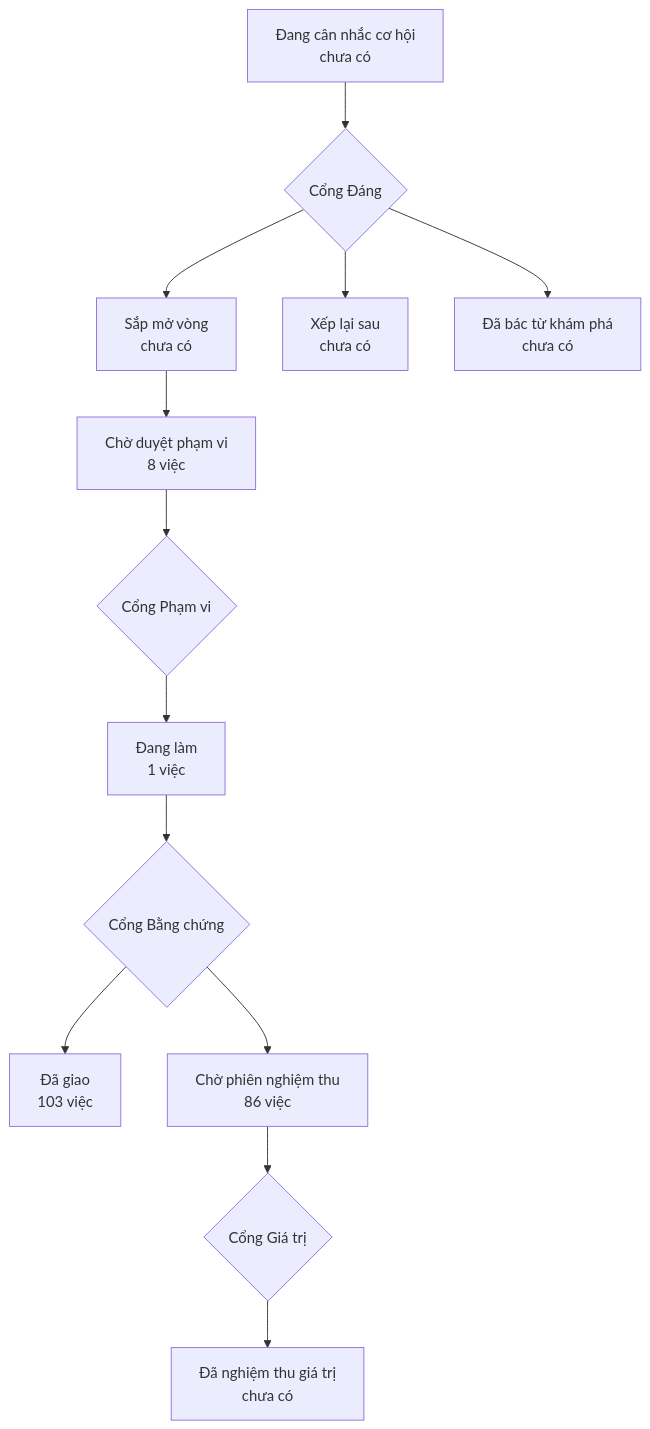
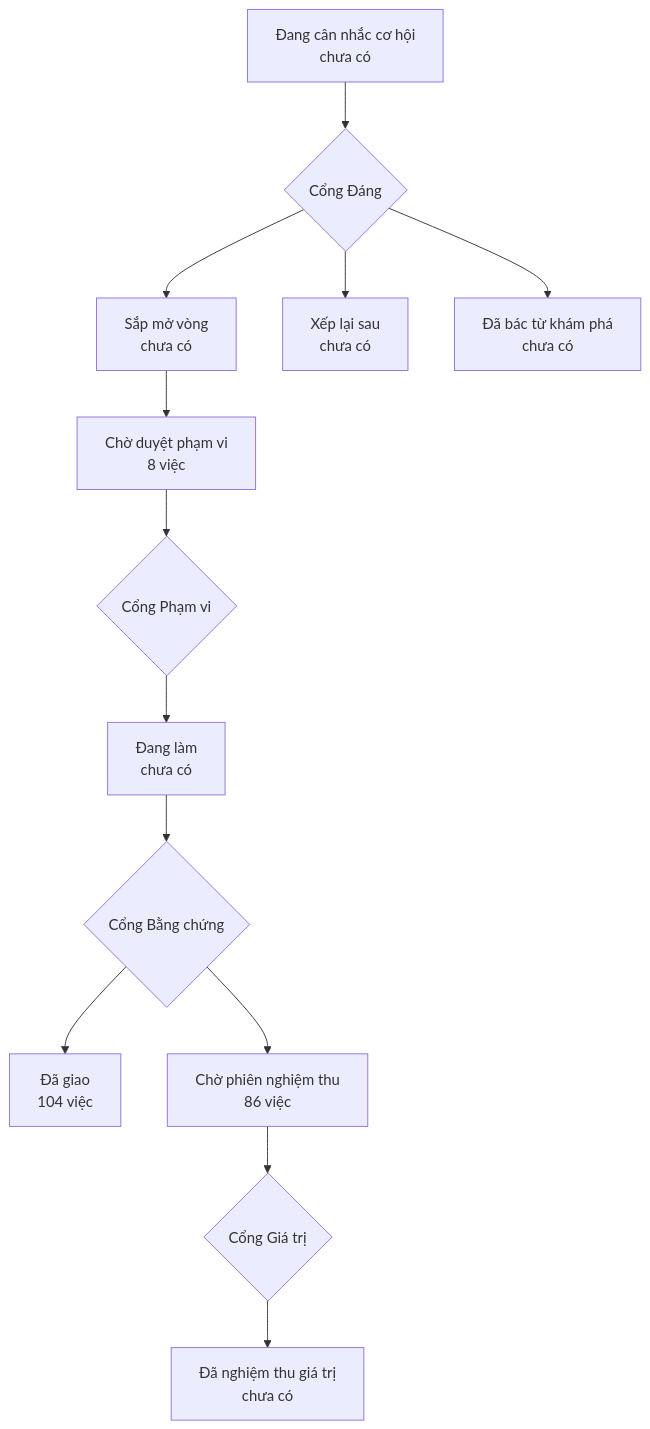
The diagram in PRODUCT-MAP.md (phanlemanh/onehub-invest), drawn with Mermaid before and after one commit. The commit also changed other lines of this file and 4 other files, not shown here.

````diff
--- a/PRODUCT-MAP.md
+++ b/PRODUCT-MAP.md
@@ -7,12 +7,12 @@
 ```mermaid
 flowchart TD
   A["Đang cân nhắc cơ hội<br/>chưa có"] --> GD{"Cổng Đáng"}
   GD --> B["Sắp mở vòng<br/>chưa có"]
   GD --> XL["Xếp lại sau<br/>chưa có"]
   GD --> DB["Đã bác từ khám phá<br/>chưa có"]
   B --> CD["Chờ duyệt phạm vi<br/>8 việc"] --> GP{"Cổng Phạm vi"}
-  GP --> DL["Đang làm<br/>1 việc"] --> GB{"Cổng Bằng chứng"}
-  GB --> DG["Đã giao<br/>103 việc"]
+  GP --> DL["Đang làm<br/>chưa có"] --> GB{"Cổng Bằng chứng"}
+  GB --> DG["Đã giao<br/>104 việc"]
   GB --> CN["Chờ phiên nghiệm thu<br/>86 việc"] --> GG{"Cổng Giá trị"}
   GG --> NT["Đã nghiệm thu giá trị<br/>chưa có"]
 ```
````
